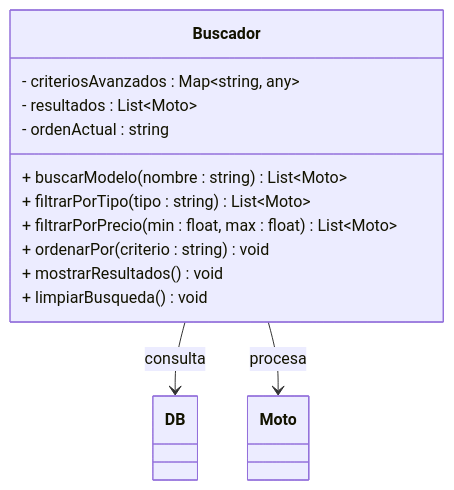
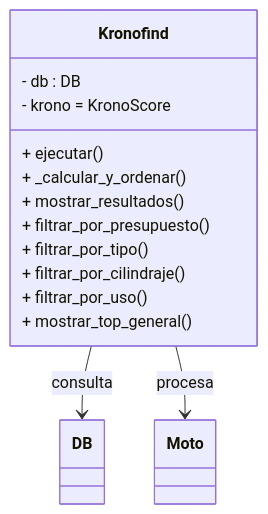
Before and after one commit to NotName-K/proj_Lkvk: the third of 6 diagrams in README.md, drawn with Mermaid. The commit also changed other lines of this file, not shown here.

````diff
--- a/README.md
+++ b/README.md
@@ -168,25 +165,26 @@
 ```mermaid
 classDiagram
-    class Buscador {
-        - criteriosAvanzados : Map~string, any~
-        - resultados : List~Moto~
-        - ordenActual : string
-        + buscarModelo(nombre : string) List~Moto~
-        + filtrarPorTipo(tipo : string) List~Moto~
-        + filtrarPorPrecio(min : float, max : float) List~Moto~
-        + ordenarPor(criterio : string) void
-        + mostrarResultados() void
-        + limpiarBusqueda() void
+    class Kronofind {
+        - db : DB
+        - krono = KronoScore
+        + ejecutar()
+        + _calcular_y_ordenar()
+        + mostrar_resultados()
+        + filtrar_por_presupuesto()
+        + filtrar_por_tipo()
+        + filtrar_por_cilindraje()
+        + filtrar_por_uso()
+        + mostrar_top_general()
     }
 
     class DB {
         %% Gestor de base de datos
     }
 
     class Moto {
         %% Entidad principal
     }
 
-    Buscador --> DB : consulta
-    Buscador --> Moto : procesa
+    Kronofind --> DB : consulta
+    Kronofind --> Moto : procesa
 ```
````
